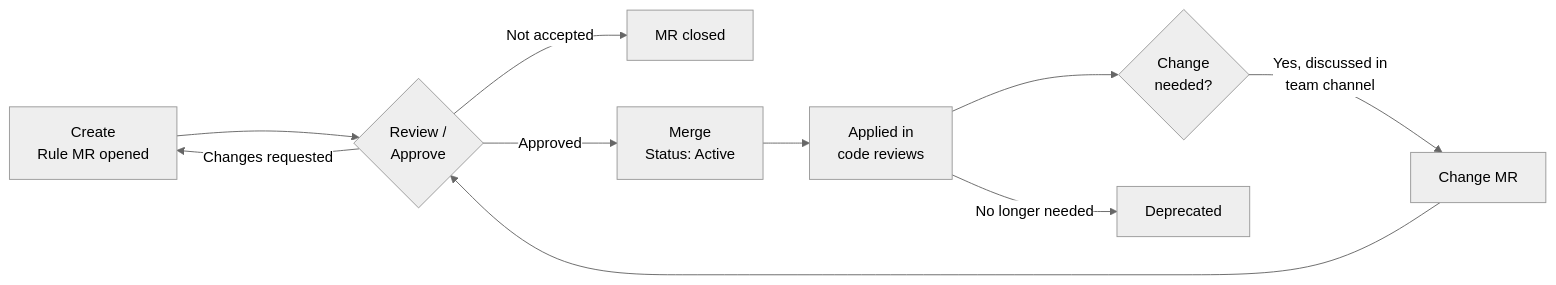
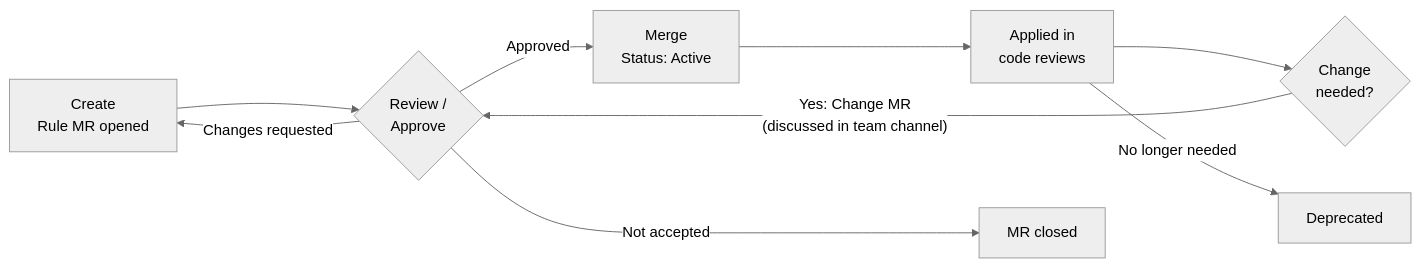
Before and after one commit to truongdxn/crm-code-standards: the diagram in CONTRIBUTING.md, drawn with Mermaid (neutral theme).

Commit message:
Shorten lifecycle diagram: change loop on top, closed MR at bottom
Claude-Session: https://claude.ai/code/session_0151ymt6qMHJxeeX47ZcUn5w

````diff
--- a/CONTRIBUTING.md
+++ b/CONTRIBUTING.md
@@ -18,12 +18,13 @@
 ```mermaid
 flowchart LR
     A["Create<br/>Rule MR opened"] --> B{"Review /<br/>Approve"}
     B -->|Changes requested| A
-    B -->|Not accepted| X["MR closed"]
     B -->|Approved| C["Merge<br/>Status: Active"]
     C --> D["Applied in<br/>code reviews"]
     D --> E{"Change<br/>needed?"}
-    E -->|Yes, discussed in<br/>team channel| F["Change MR"]
-    F --> B
+    E -->|"Yes: Change MR<br/>(discussed in team channel)"| B
     D -->|No longer needed| G["Deprecated"]
+    B -->|Not accepted| X["MR closed"]
+    %% Invisible link: keeps "MR closed" on the bottom row
+    X ~~~ G
 ```
````
